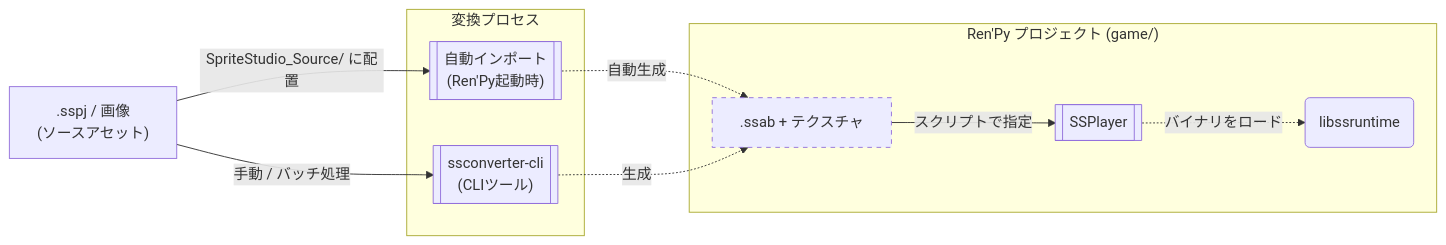
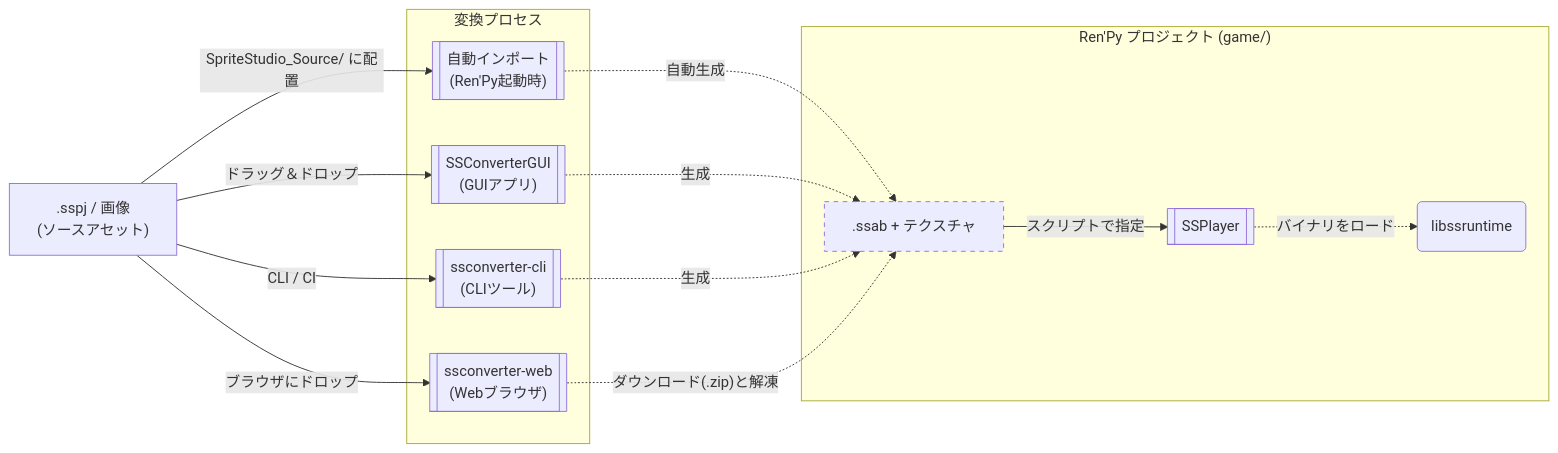
One commit to cri-middleware/SSPlayerForRenPy changed the diagram in docs/ja/import.md. Above: the diagram before and after it, drawn with Mermaid. The commit also changed other lines of this file and 3 other files, not shown here.

Commit message:
docs: align language switch links with sister repos and clarify ssconverter-web zip output

````diff
--- a/docs/ja/import.md
+++ b/docs/ja/import.md
@@ -5,26 +5,32 @@
 ```mermaid
 graph LR
     SS[" .sspj / 画像<br>(ソースアセット) "]
 
     subgraph Convert ["変換プロセス"]
         AUTO[[" 自動インポート<br>(Ren'Py起動時) "]]
+        GUI[[" SSConverterGUI<br>(GUIアプリ) "]]
         CLI[[" ssconverter-cli<br>(CLIツール) "]]
+        WEB[[" ssconverter-web<br>(Webブラウザ) "]]
     end
 
     subgraph RenPy ["Ren'Py プロジェクト (game/)"]
         BIN[" .ssab + テクスチャ "]
         NODE[[ SSPlayer ]]
         RT(" libssruntime ")
     end
 
     SS -- "SpriteStudio_Source/ に配置" --> AUTO
-    SS -- "手動 / バッチ処理" --> CLI
+    SS -- "ドラッグ＆ドロップ" --> GUI
+    SS -- "CLI / CI" --> CLI
+    SS -- "ブラウザにドロップ" --> WEB
     AUTO -. "自動生成" .-> BIN
+    GUI -. "生成" .-> BIN
     CLI -. "生成" .-> BIN
+    WEB -. "ダウンロード(.zip)と解凍" .-> BIN
     
     BIN -- "スクリプトで指定" --> NODE
     NODE -. "バイナリをロード" .-> RT
 
     classDef generated stroke-dasharray: 5 5;
     class BIN generated;
 ```
````
